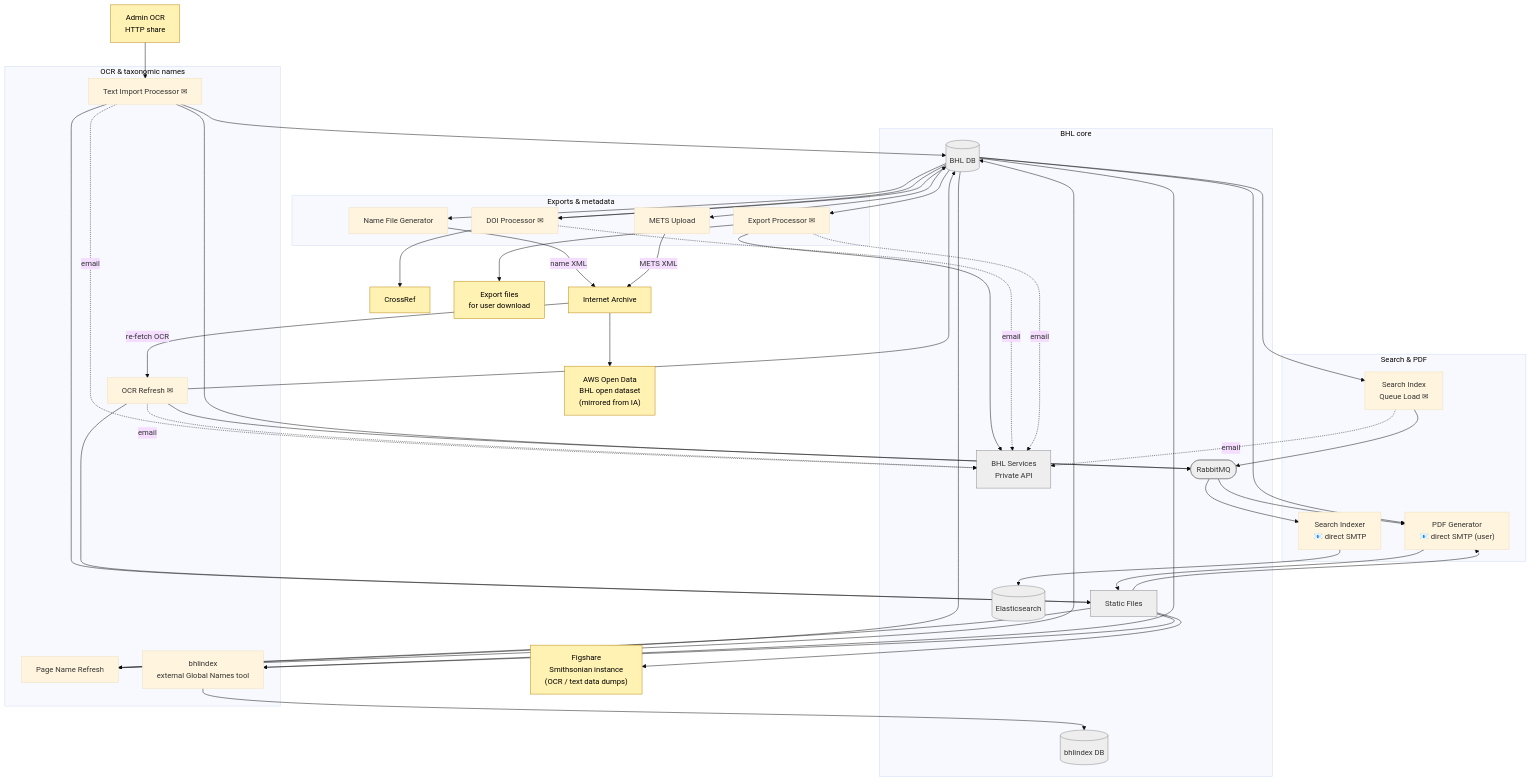
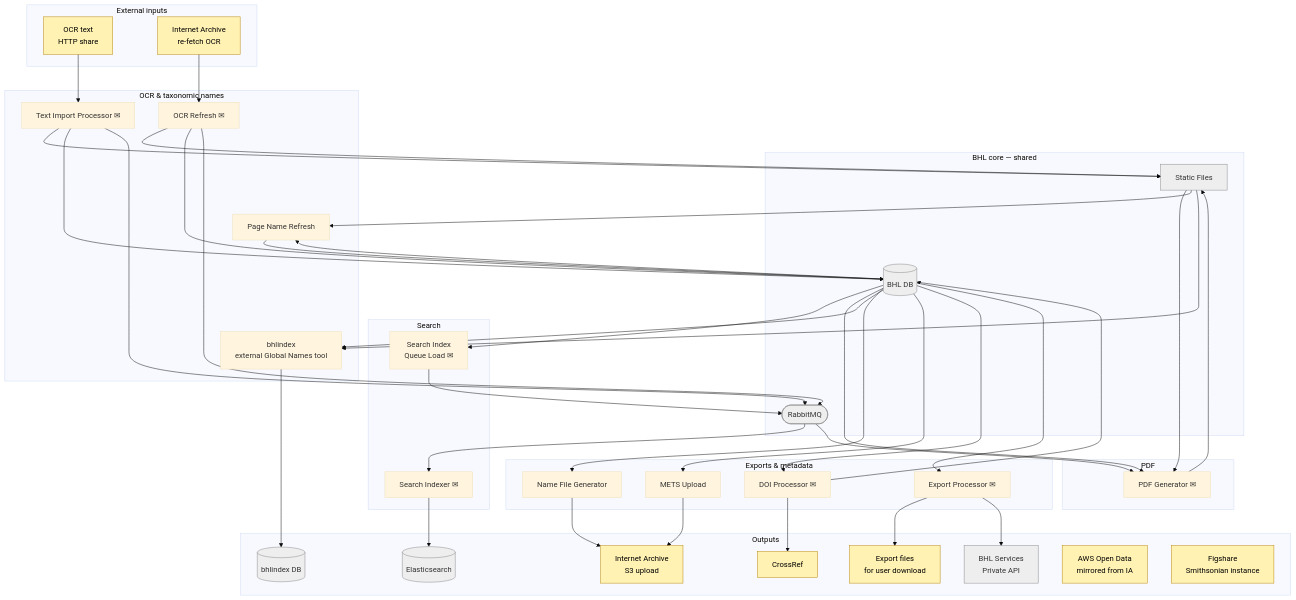
Before and after one commit to rdmpage/bhl-data-flows: the diagram in diagrams/process.md, drawn with Mermaid (base theme). The commit also changed other lines of this file, not shown here.

Commit message:
Split Search/PDF; drop misleading AWS and Figshare edges; email glyph only
Split the combined Search & PDF group into two subgraphs since they
serve different purposes. Drop the IA -> AWS and Files -> Figshare
edges: the sync / conversion pipelines to both destinations are
external to bhl-us, so AWS and Figshare now sit in Outputs with no
incoming arrows and self-describing labels. Remove the "direct SMTP"
annotations on Search Indexer and PDF Generator; the envelope glyph
alone marks any email-sending node, with the two underlying patterns
explained in the caption. Clarify that Search Index Queue Load feeds
multiple queues, not just the search index.

````diff
--- a/diagrams/process.md
+++ b/diagrams/process.md
@@ -5,20 +5,26 @@
 ```mermaid
 flowchart TD
-    %% --- BHL core boundary (muted; populated by Ingest, consumed by Serve) ---
-    subgraph Core["BHL core"]
+    %% --- External inputs ---
+    subgraph ExtIn["External inputs"]
+        TextShare[OCR text<br/>HTTP share]
+        IAIn[Internet Archive<br/>re-fetch OCR]
+    end
+
+    %% --- Shared BHL core boundary (read AND written by Process) ---
+    subgraph Core["BHL core — shared"]
         BHLDB[(BHL DB)]
         Files[Static Files]
         MQ([RabbitMQ])
-        ES[(Elasticsearch)]
-        BhlIndexDB[(bhlindex DB)]
-        PrivAPI[BHL Services<br/>Private API]
     end
 
-    %% --- Processors grouped by role ---
-    subgraph SearchPDF["Search & PDF"]
+    %% --- Processors grouped by role (✉ = node sends email) ---
+    subgraph Search["Search"]
         SQL[Search Index<br/>Queue Load ✉]
-        SI["Search Indexer<br/>📧 direct SMTP"]
-        PDFGen["PDF Generator<br/>📧 direct SMTP (user)"]
+        SI[Search Indexer ✉]
+    end
+
+    subgraph PDF["PDF"]
+        PDFGen[PDF Generator ✉]
     end
 
     subgraph OCRNames["OCR & taxonomic names"]
@@ -35,71 +41,65 @@
         Export[Export Processor ✉]
     end
 
-    %% --- External inputs / destinations ---
-    TextShare[Admin OCR<br/>HTTP share]
-    IA[Internet Archive]
-    CrossRef[CrossRef]
-    ExportFiles[Export files<br/>for user download]
-    AWS["AWS Open Data<br/>BHL open dataset<br/>(mirrored from IA)"]
-    Figshare["Figshare<br/>Smithsonian instance<br/>(OCR / text data dumps)"]
+    %% --- Outputs (sinks) ---
+    subgraph Outputs["Outputs"]
+        ES[(Elasticsearch)]
+        BhlIndexDB[(bhlindex DB)]
+        PrivAPI[BHL Services<br/>Private API]
+        ExportFiles[Export files<br/>for user download]
+        IAOut[Internet Archive<br/>S3 upload]
+        CrossRef[CrossRef]
+        AWS[AWS Open Data<br/>mirrored from IA]
+        Figshare[Figshare<br/>Smithsonian instance]
+    end
 
-    %% --- Search / PDF flow ---
+    %% --- External inputs -> processors ---
+    TextShare --> TextImp
+    IAIn --> OcrRef
+
+    %% --- Core reads ---
     BHLDB --> SQL
-    SQL --> MQ
-    MQ --> SI
-    SI --> ES
-
-    MQ --> PDFGen
     BHLDB --> PDFGen
     Files --> PDFGen
-    PDFGen --> Files
-
-    %% --- OCR / names flow ---
-    TextShare --> TextImp
-    TextImp --> Files
-    TextImp --> BHLDB
-    TextImp --> MQ
-
-    IA -- "re-fetch OCR" --> OcrRef
-    OcrRef --> Files
-    OcrRef --> BHLDB
-    OcrRef --> MQ
-
+    MQ --> SI
+    MQ --> PDFGen
+    BHLDB --> NameRef
     Files --> NameRef
-    BHLDB --> NameRef
-    NameRef --> BHLDB
-
     BHLDB --> BhlIndex
     Files --> BhlIndex
-    BhlIndex --> BhlIndexDB
-
-    %% --- Exports & metadata flow ---
     BHLDB --> NameFile
     BHLDB --> METS
     BHLDB --> DOI
     BHLDB --> Export
 
-    NameFile -- "name XML" --> IA
-    METS -- "METS XML" --> IA
+    %% --- Core writes ---
+    SQL --> MQ
+    PDFGen --> Files
+    TextImp --> Files
+    TextImp --> BHLDB
+    TextImp --> MQ
+    OcrRef --> Files
+    OcrRef --> BHLDB
+    OcrRef --> MQ
+    NameRef --> BHLDB
+    DOI --> BHLDB
+
+    %% --- Writes to outputs ---
+    SI --> ES
+    BhlIndex --> BhlIndexDB
+    NameFile --> IAOut
+    METS --> IAOut
     DOI --> CrossRef
-    DOI --> BHLDB
     Export --> ExportFiles
     Export --> PrivAPI
 
-    %% --- Admin-notification email edges (via Private API) ---
-    SQL -. email .-> PrivAPI
-    TextImp -. email .-> PrivAPI
-    OcrRef -. email .-> PrivAPI
-    DOI -. email .-> PrivAPI
-    Export -. email .-> PrivAPI
-
-    %% --- Downstream public dataset targets (sync not driven by bhl-us code) ---
-    IA --> AWS
-    Files --> Figshare
+    %% --- AWS Open Data and Figshare: downstream publishing targets whose
+    %% conversion/upload pipelines are external to bhl-us. No edges drawn
+    %% from this diagram; source is described in each node's label. ---
 
     %% --- Styling ---
     classDef boundary fill:#eeeeee,stroke:#888,color:#333;
     classDef external fill:#fff2b3,stroke:#b8860b,color:#000;
     class BHLDB,Files,MQ,ES,BhlIndexDB,PrivAPI boundary;
-    class IA,CrossRef,TextShare,ExportFiles,AWS,Figshare external;
+    class TextShare,IAIn,IAOut,CrossRef,ExportFiles,AWS,Figshare external;
 ```
````
